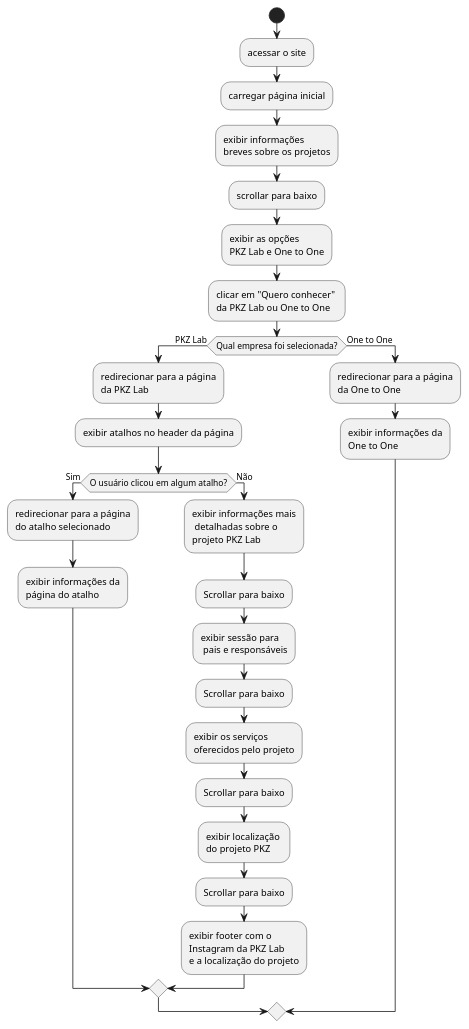
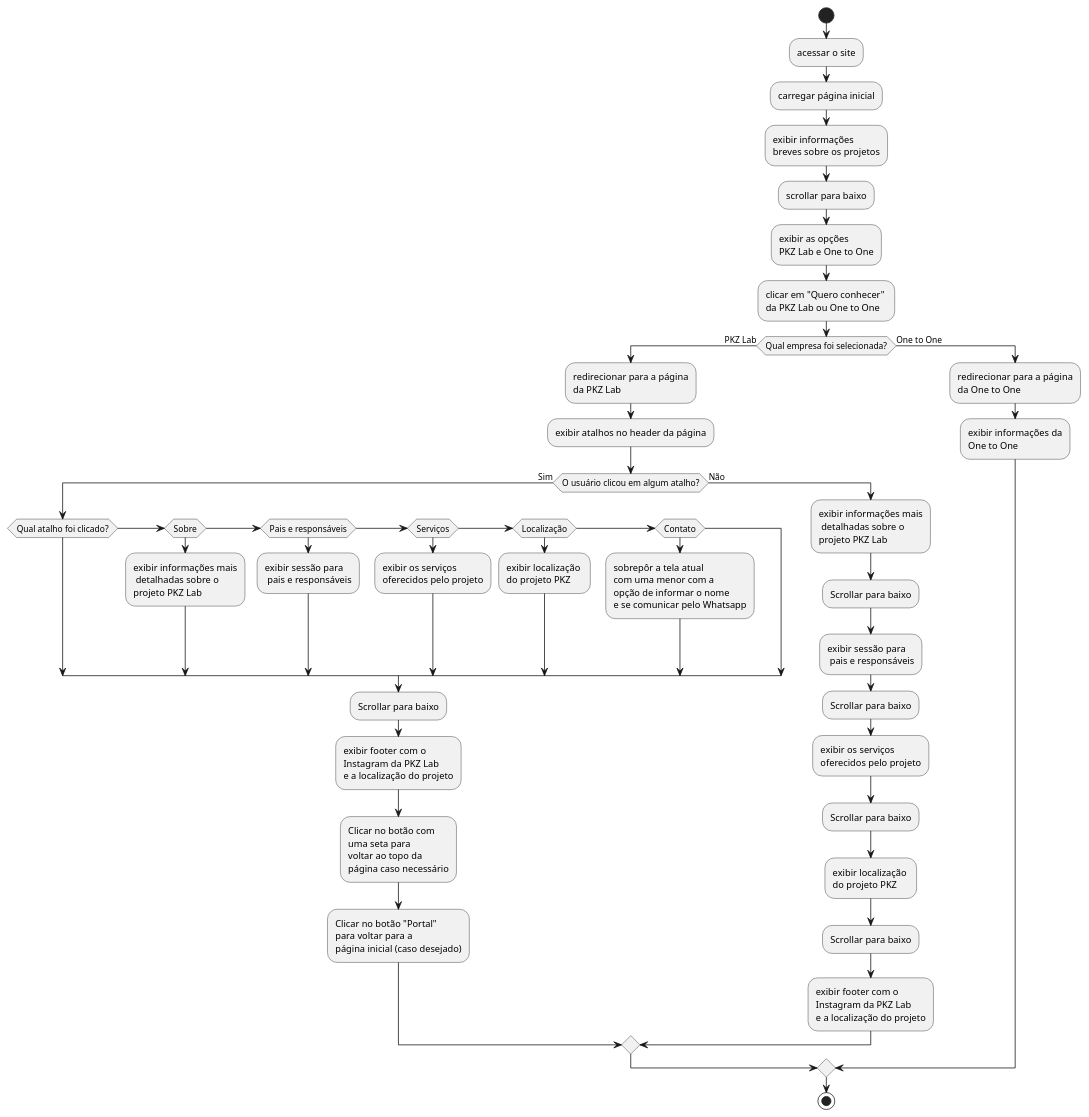
Before and after one commit to enzotrotto-ibmec/PFE-2026-2-AP1-Grupo1-terca: the diagram in 05 - AHT/aht2.puml, drawn with PlantUML.

Commit message:
AHT PKZ Completo

```diff
--- a/05 - AHT/aht2.puml
+++ b/05 - AHT/aht2.puml
@@ -2,35 +2,53 @@
 @startuml AHT2_PKZ_OneToOne
 start
 
 :acessar o site;
 :carregar página inicial;
 :exibir informações \nbreves sobre os projetos;
 :scrollar para baixo;
 :exibir as opções \nPKZ Lab e One to One;
 :clicar em "Quero conhecer" \nda PKZ Lab ou One to One;
 
 if (Qual empresa foi selecionada?) then (PKZ Lab)
     :redirecionar para a página\nda PKZ Lab;
     :exibir atalhos no header da página;
     if (O usuário clicou em algum atalho?) then (Sim)
-        :redirecionar para a página\ndo atalho selecionado;
-        :exibir informações da\npágina do atalho;
+        if (Qual atalho foi clicado?) 
+        elseif (Sobre)
+            :exibir informações mais\n detalhadas sobre o \nprojeto PKZ Lab;
+        elseif (Pais e responsáveis)
+            :exibir sessão para\n pais e responsáveis;
+        elseif (Serviços)
+            :exibir os serviços \noferecidos pelo projeto;
+        elseif (Localização)
+            :exibir localização \ndo projeto PKZ;
+        elseif (Contato)
+            :sobrepôr a tela atual \ncom uma menor com a \nopção de informar o nome \ne se comunicar pelo Whatsapp;     
+        endif 
+        :Scrollar para baixo;
+        :exibir footer com o \nInstagram da PKZ Lab \ne a localização do projeto;
+        :Clicar no botão com \numa seta para \nvoltar ao topo da \npágina caso necessário;
+        :Clicar no botão "Portal" \npara voltar para a \npágina inicial (caso desejado);
+    
     else (Não)
         :exibir informações mais\n detalhadas sobre o \nprojeto PKZ Lab;
         :Scrollar para baixo;
         :exibir sessão para\n pais e responsáveis;
         :Scrollar para baixo;
         :exibir os serviços \noferecidos pelo projeto;
         :Scrollar para baixo;
         :exibir localização \ndo projeto PKZ;
         :Scrollar para baixo;
         :exibir footer com o \nInstagram da PKZ Lab \ne a localização do projeto;
         endif
 
 
 else (One to One)
     :redirecionar para a página\nda One to One;
     :exibir informações da\nOne to One;
 
+endif
 
+
+stop
 @enduml
```
